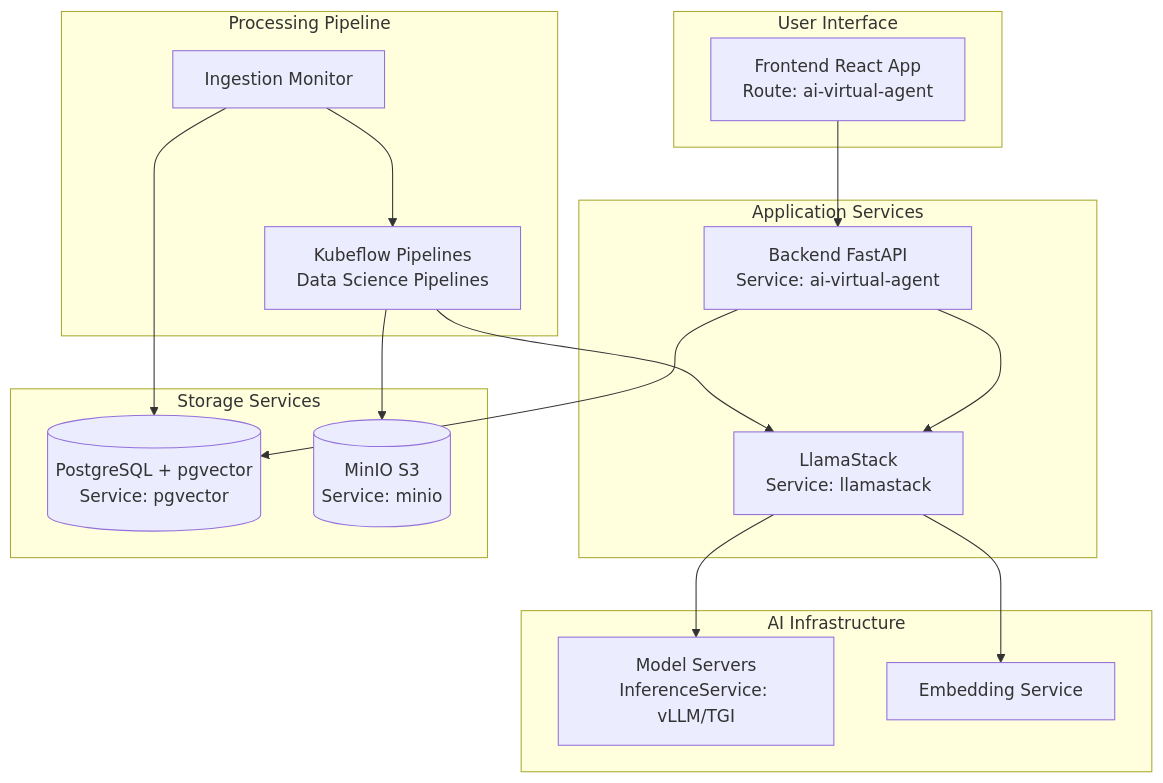
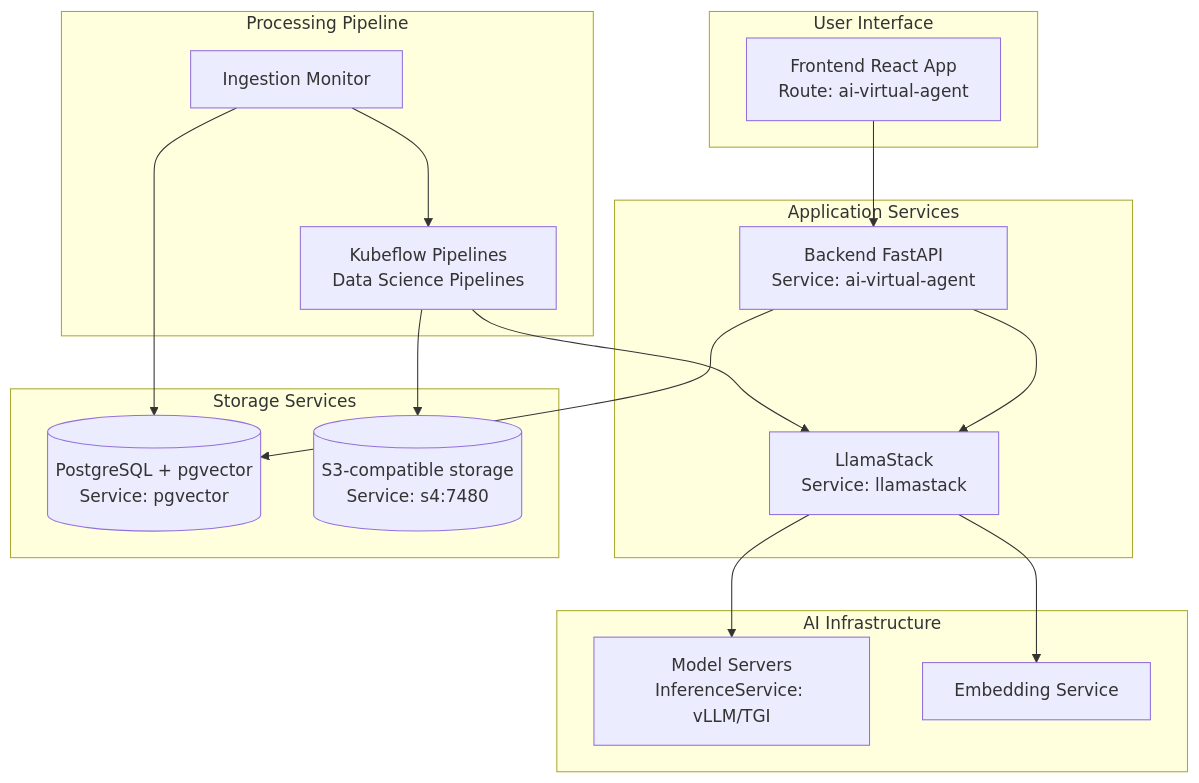
The diagram in INSTALLING.md (rh-ai-quickstart/ai-virtual-agent), drawn with Mermaid before and after one commit. The commit also changed other lines of this file and 17 other files, not shown here.

First line of the commit message:
fix: migrate to new aws compatible storage chart

````diff
--- a/INSTALLING.md
+++ b/INSTALLING.md
@@ -32,36 +32,36 @@
 ```mermaid
 graph TB
     subgraph "User Interface"
         UI[Frontend React App<br/>Route: ai-virtual-agent]
     end
 
     subgraph "Application Services"
         API[Backend FastAPI<br/>Service: ai-virtual-agent]
         LS[LlamaStack<br/>Service: llamastack]
     end
 
     subgraph "Storage Services"
         DB[(PostgreSQL + pgvector<br/>Service: pgvector)]
-        S3[(MinIO S3<br/>Service: minio)]
+        S3[(S3-compatible storage<br/>Service: s4:7480)]
     end
 
     subgraph "AI Infrastructure"
         LLM[Model Servers<br/>InferenceService: vLLM/TGI]
         EMB[Embedding Service]
     end
 
     subgraph "Processing Pipeline"
         MON[Ingestion Monitor]
         KFP[Kubeflow Pipelines<br/>Data Science Pipelines]
     end
 
     UI --> API
     API --> LS
     API --> DB
     LS --> LLM
     LS --> EMB
     MON --> DB
     MON --> KFP
     KFP --> S3
     KFP --> LS
 ```
````
